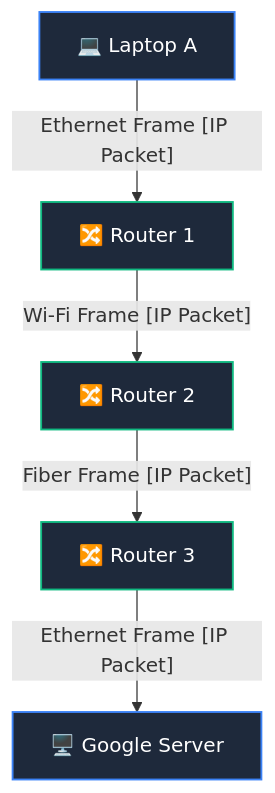
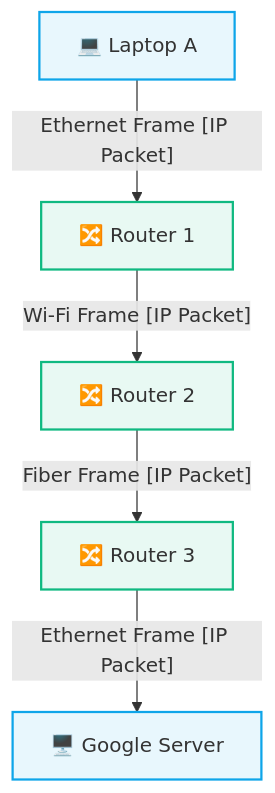
The fourth of 4 diagrams in Computer Networking/Data Units - Segment, Packet, Frame, Bits.md (abhinavbharti2345/CS_Notes), drawn with Mermaid before and after one commit. The commit also changed other lines of this file and 47 other files, not shown here.

Commit message:
docs: add computer science study notes and generate graphify visualization output

````diff
--- a/Computer Networking/Data Units - Segment, Packet, Frame, Bits.md
+++ b/Computer Networking/Data Units - Segment, Packet, Frame, Bits.md
@@ -156,12 +170,12 @@
 ```mermaid
 flowchart TD
     L["💻 Laptop A"] -->|"Ethernet Frame [IP Packet]"| R1["🔀 Router 1"]
     R1 -->|"Wi-Fi Frame [IP Packet]"| R2["🔀 Router 2"]
     R2 -->|"Fiber Frame [IP Packet]"| R3["🔀 Router 3"]
     R3 -->|"Ethernet Frame [IP Packet]"| S["🖥️ Google Server"]
 
-    classDef host fill:#1e293b,stroke:#3b82f6,stroke-width:1.5px,color:#fff;
-    classDef router fill:#1e293b,stroke:#10b981,stroke-width:1.5px,color:#fff;
+    classDef host fill:#0ea5e918,stroke:#0ea5e9,stroke-width:1.8px;
+    classDef router fill:#10b98118,stroke:#10b981,stroke-width:1.8px;
     class L,S host;
     class R1,R2,R3 router;
 ```
````
